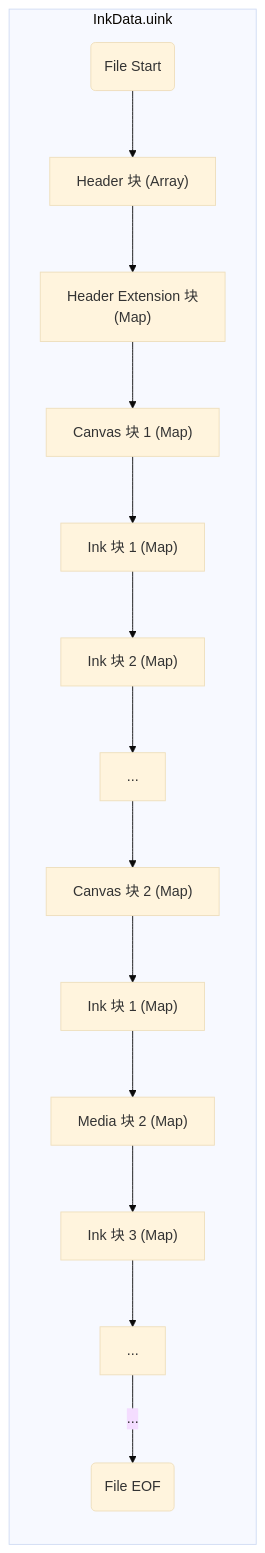
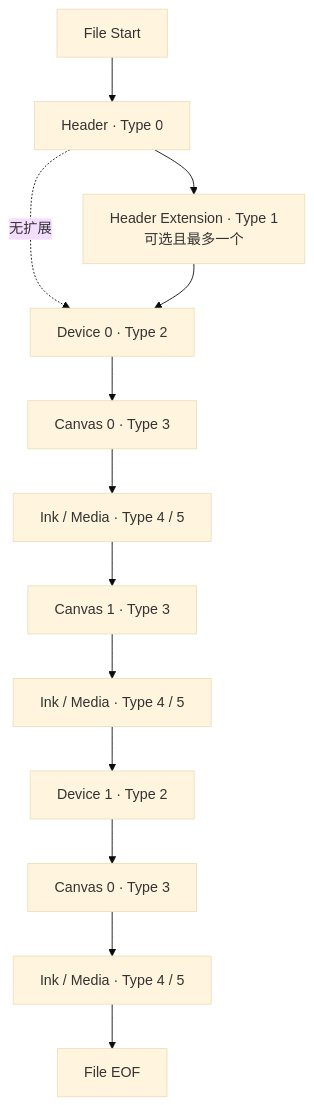
Before and after one commit to Alan-CRL/inkeys.top: the diagram in docs/standard/file/main.md, drawn with Mermaid (base theme). The commit also changed other lines of this file and 11 other files, not shown here.

First line of the commit message:
Revise UInk spec: add Device & Media blocks

````diff
--- a/docs/standard/file/main.md
+++ b/docs/standard/file/main.md
@@ -7,34 +9,15 @@
 ```mermaid
 flowchart TB
-    subgraph "InkData.uink"
-        direction TB
-
-        B0_Core["Header 块 (Array)"]
-        B0_Ext["Header Extension 块
-         (Map)"]
-        B0_Core --> B0_Ext
-
-        A1_Ctx["Canvas 块 1 (Map)"]
-        A1_B1["Ink 块 1 (Map)"]
-        A1_B2["Ink 块 2 (Map)"]
-        A1_B3["..."]
-        B0_Ext --> A1_Ctx
-        A1_Ctx --> A1_B1
-        A1_B1 --> A1_B2
-        A1_B2 --> A1_B3
-
-        A2_Ctx["Canvas 块 2 (Map)"]
-        A2_B1["Ink 块 1 (Map)"]
-        A2_B2["Media 块 2 (Map)"]
-        A2_B3["Ink 块 3 (Map)"]
-        A2_B4["..."]
-        A1_B3 --> A2_Ctx
-        A2_Ctx --> A2_B1
-        A2_B1 --> A2_B2
-        A2_B2 --> A2_B3
-        A2_B3 --> A2_B4
-         
-        FileStart("File Start") --> B0_Core
-        A2_B4 -- "..." --> FileEnd("File EOF")
-    end
+  Start["File Start"] --> H["Header · Type 0"]
+  H --> HE["Header Extension · Type 1<br/>可选且最多一个"]
+  H -. "无扩展" .-> D1
+  HE --> D1["Device 0 · Type 2"]
+  D1 --> C1["Canvas 0 · Type 3"]
+  C1 --> B1["Ink / Media · Type 4 / 5"]
+  B1 --> C2["Canvas 1 · Type 3"]
+  C2 --> B2["Ink / Media · Type 4 / 5"]
+  B2 --> D2["Device 1 · Type 2"]
+  D2 --> C3["Canvas 0 · Type 3"]
+  C3 --> B3["Ink / Media · Type 4 / 5"]
+  B3 --> EOF["File EOF"]
 ```
````
